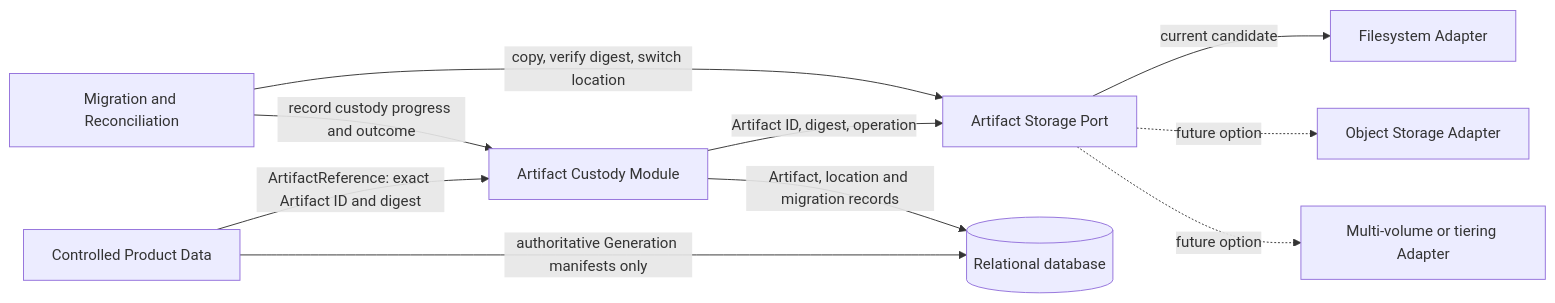
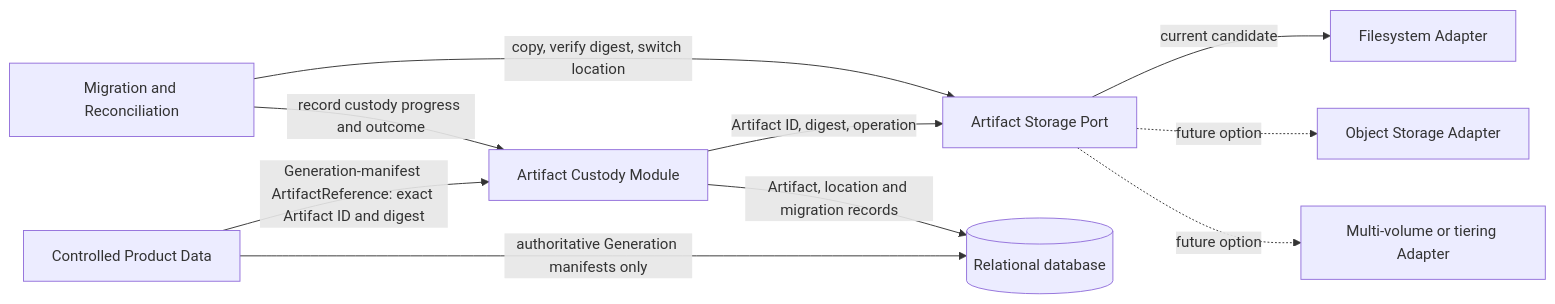
Diagram 24 of 26 in docs/product/instances/idea-engineering/DOC-05-architecture-description.md (devphuclam/IDEAEngineering), drawn with Mermaid before and after one commit. The commit also changed other lines of this file and 69 other files, not shown here.

````diff
--- a/docs/product/instances/idea-engineering/DOC-05-architecture-description.md
+++ b/docs/product/instances/idea-engineering/DOC-05-architecture-description.md
@@ -2083,15 +2129,15 @@
 ```mermaid
 flowchart LR
     accTitle: Artifact storage evolution boundary
-    accDescr: Artifact Custody identifies Artifacts by stable identity and digest and calls one storage interface. Controlled Product Data retains only Artifact References in Generation manifests. A filesystem adapter is the current candidate; later object or multi-volume adapters can replace it. Migration copies and verifies bytes before changing custody location records, without changing Generations or Releases.
+    accDescr: Artifact Custody identifies Artifacts by stable identity and digest and calls one storage interface. Controlled Product Data retains CPD ArtifactReferences only in Generation manifests; Product Structure and Format Intelligence keep any exact ArtifactId/digest pins inside their own Representation metadata. A filesystem adapter is the current candidate; later object or multi-volume adapters can replace it. Migration copies and verifies bytes before changing custody location records, without changing Generations or Releases.
 
-    Product[Controlled Product Data] -->|ArtifactReference: exact Artifact ID and digest| Custody[Artifact Custody Module]
+    Product[Controlled Product Data] -->|Generation-manifest ArtifactReference: exact Artifact ID and digest| Custody[Artifact Custody Module]
     Custody -->|Artifact ID, digest, operation| Port[Artifact Storage Port]
     Port -->|current candidate| FS[Filesystem Adapter]
     Port -.->|future option| OBJ[Object Storage Adapter]
     Port -.->|future option| MULTI[Multi-volume or tiering Adapter]
     Product -->|authoritative Generation manifests only| DB[(Relational database)]
     Custody -->|Artifact, location and migration records| DB
     MIG[Migration and Reconciliation] -->|copy, verify digest, switch location| Port
     MIG -->|record custody progress and outcome| Custody
 ```
````
